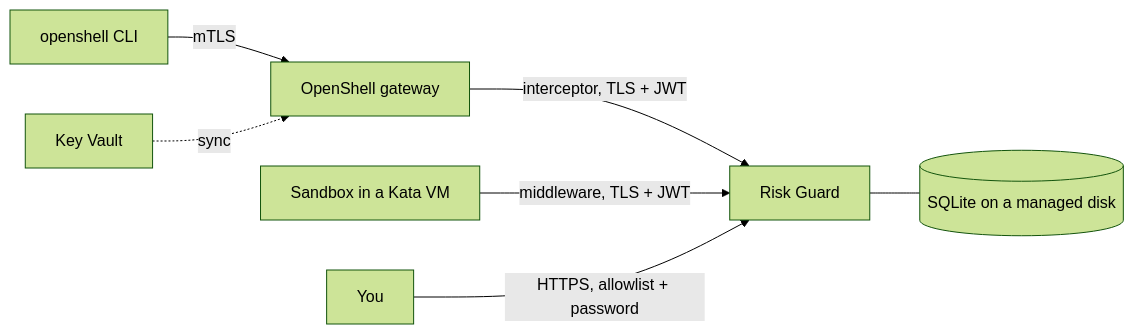
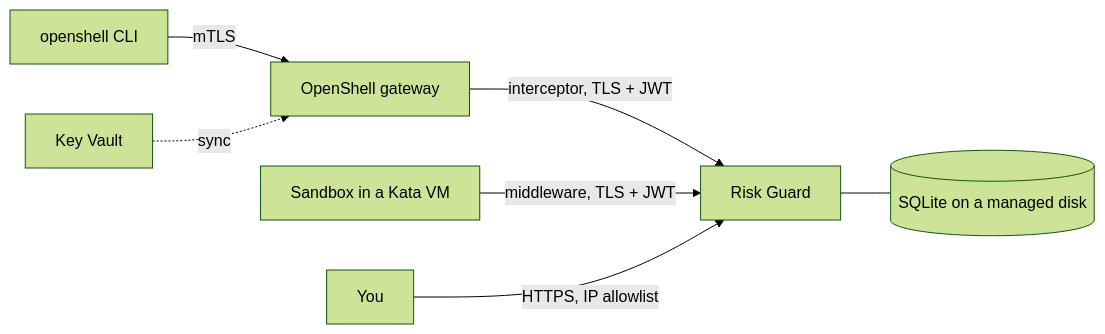
One commit to ChrisHanna/openshell-risk-guard changed the diagram in docs/aks.md. Above: the diagram before and after it, drawn with Mermaid (forest theme). The commit also changed other lines of this file and 15 other files, not shown here.

````diff
--- a/docs/aks.md
+++ b/docs/aks.md
@@ -15,9 +15,9 @@
 ```mermaid
 flowchart LR
   CLI[openshell CLI] -- mTLS --> GW[OpenShell gateway]
   GW -- interceptor, TLS + JWT --> RG[Risk Guard]
   SB[Sandbox in a Kata VM] -- middleware, TLS + JWT --> RG
   RG --- DB[(SQLite on a managed disk)]
   KV[Key Vault] -. sync .-> GW
-  ME[You] -- HTTPS, allowlist + password --> RG
+  ME[You] -- HTTPS, IP allowlist --> RG
 ```
````
